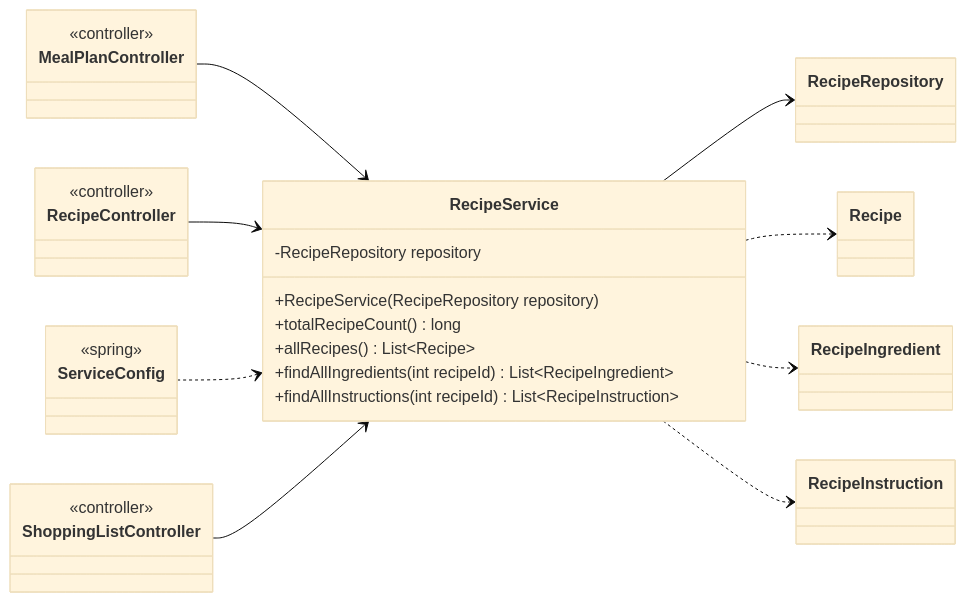
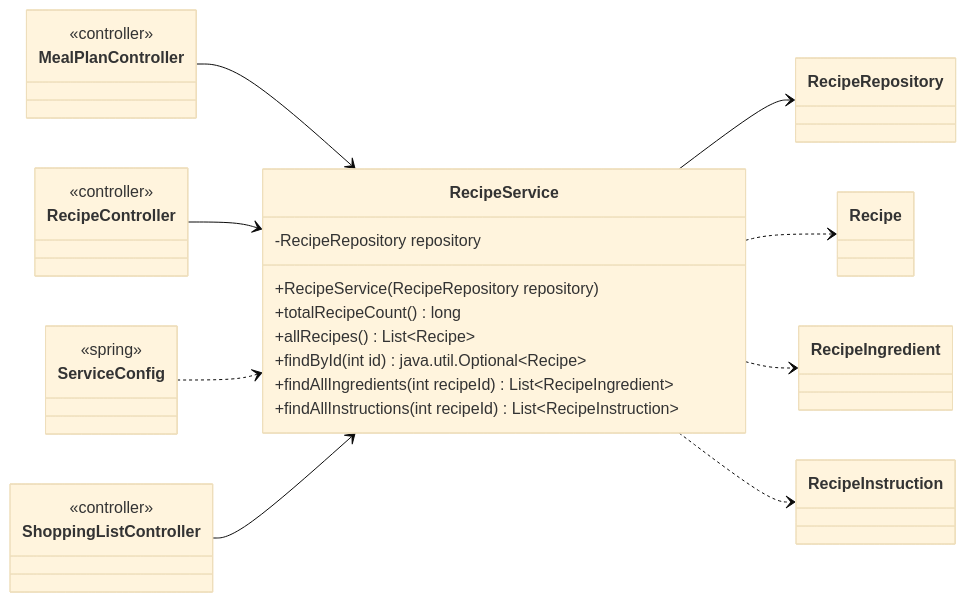
Before and after one commit to Nate-ryan-7690/dahaem: diagram 14 of 19 in docs/classes/mealplanner.md, drawn with Mermaid (base theme). The commit also changed other lines of this file and 35 other files, not shown here.

````diff
--- a/docs/classes/mealplanner.md
+++ b/docs/classes/mealplanner.md
@@ -552,36 +828,37 @@
 ```mermaid
 classDiagram
     direction LR
     class mealplanner_RecipeService["RecipeService"] {
         -RecipeRepository repository
         +RecipeService(RecipeRepository repository)
         +totalRecipeCount() long
         +allRecipes() List~Recipe~
+        +findById(int id) java.util.Optional~Recipe~
         +findAllIngredients(int recipeId) List~RecipeIngredient~
         +findAllInstructions(int recipeId) List~RecipeInstruction~
     }
     class mealplanner_RecipeRepository["RecipeRepository"]
     class api_MealPlanController["MealPlanController"] {
         <<controller>>
     }
     class api_RecipeController["RecipeController"] {
         <<controller>>
     }
     class api_ShoppingListController["ShoppingListController"] {
         <<controller>>
     }
     class mealplanner_Recipe["Recipe"]
     class mealplanner_RecipeIngredient["RecipeIngredient"]
     class mealplanner_RecipeInstruction["RecipeInstruction"]
     class api_ServiceConfig["ServiceConfig"] {
         <<spring>>
     }
     mealplanner_RecipeService --> mealplanner_RecipeRepository
     mealplanner_RecipeService ..> mealplanner_Recipe
     mealplanner_RecipeService ..> mealplanner_RecipeIngredient
     mealplanner_RecipeService ..> mealplanner_RecipeInstruction
     api_MealPlanController --> mealplanner_RecipeService
     api_RecipeController --> mealplanner_RecipeService
     api_ServiceConfig ..> mealplanner_RecipeService
     api_ShoppingListController --> mealplanner_RecipeService
 ```
````
